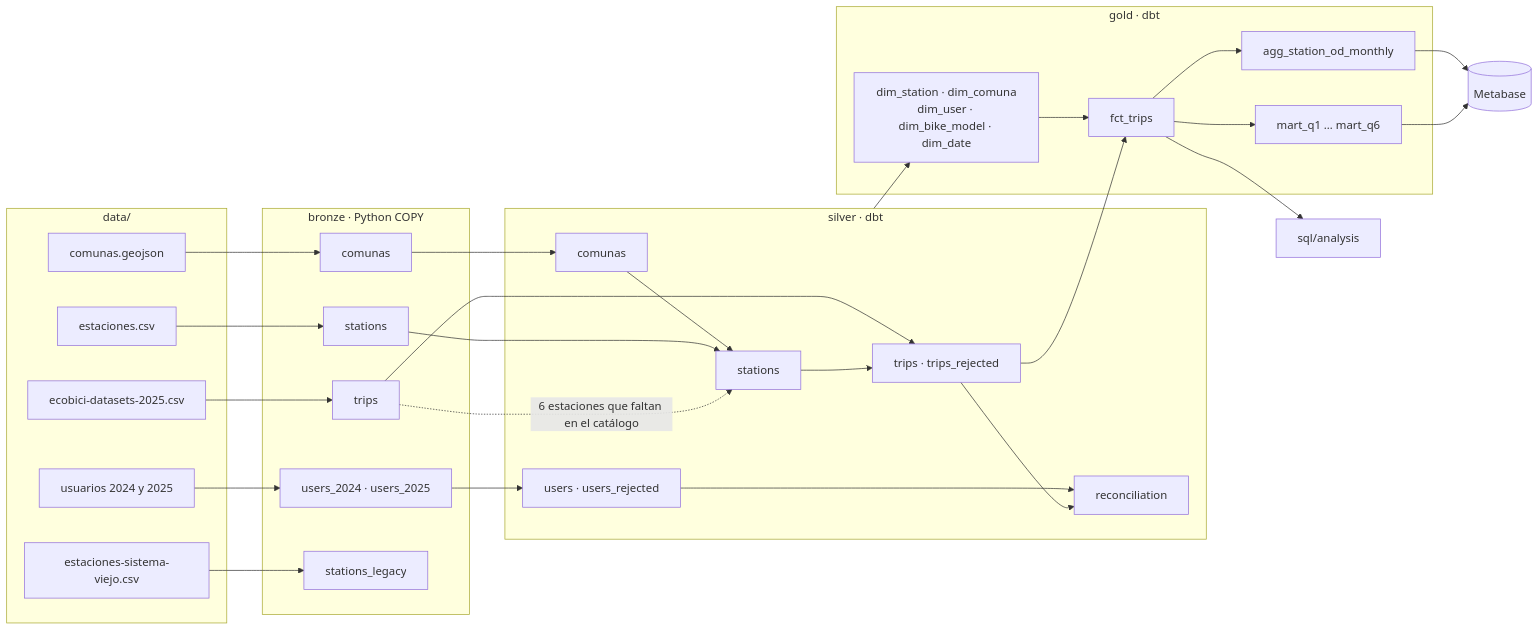
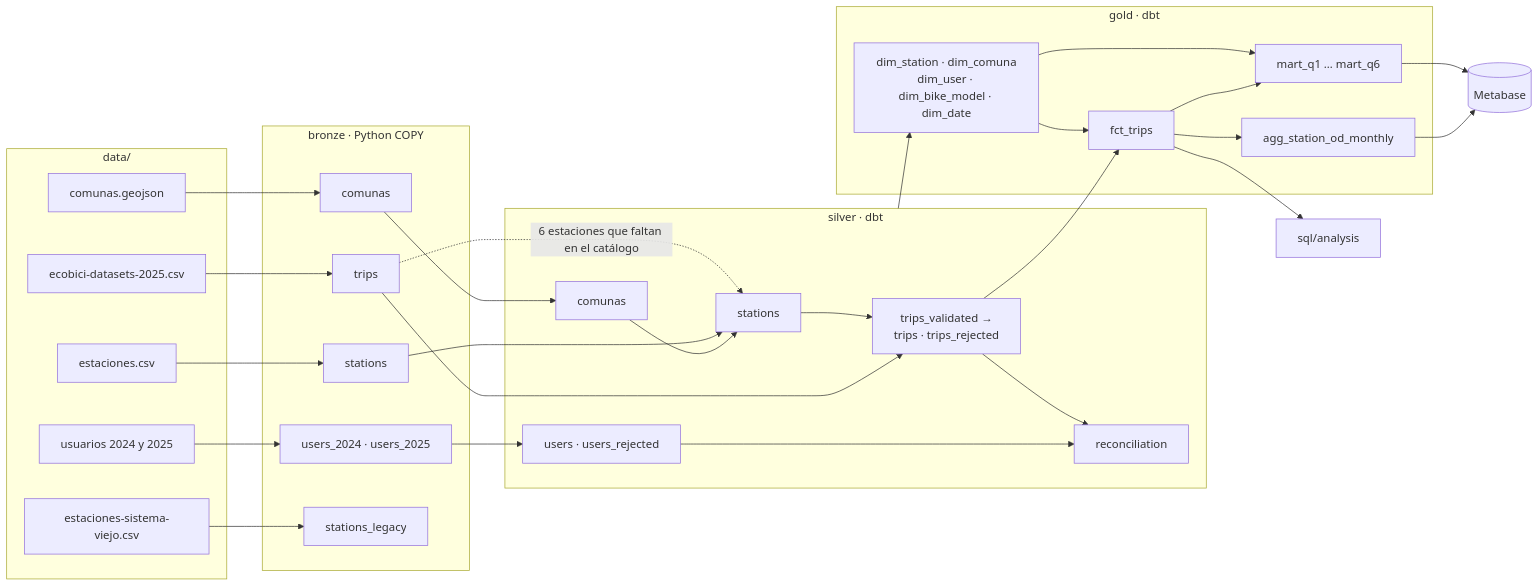
The second of 2 diagrams in docs/er-diagram.md (juancruzromero/de-challenge-fudo), drawn with Mermaid before and after one commit. The commit also changed other lines of this file and 20 other files, not shown here.

````diff
--- a/docs/er-diagram.md
+++ b/docs/er-diagram.md
@@ -125,54 +126,55 @@
 ```mermaid
 flowchart LR
     subgraph raw["data/"]
         f_comunas[comunas.geojson]
         f_stations[estaciones.csv]
         f_users[usuarios 2024 y 2025]
         f_trips[ecobici-datasets-2025.csv]
         f_legacy[estaciones-sistema-viejo.csv]
     end
 
     subgraph bronze["bronze · Python COPY"]
         b_comunas[comunas]
         b_stations[stations]
         b_users[users_2024 · users_2025]
         b_trips[trips]
         b_legacy[stations_legacy]
     end
 
     subgraph silver["silver · dbt"]
         s_comunas[comunas]
         s_stations[stations]
         s_users[users · users_rejected]
-        s_trips[trips · trips_rejected]
+        s_trips[trips_validated →<br/>trips · trips_rejected]
         s_recon[reconciliation]
     end
 
     subgraph gold["gold · dbt"]
         g_dims[dim_station · dim_comuna<br/>dim_user · dim_bike_model · dim_date]
         g_fct[fct_trips]
         g_agg[agg_station_od_monthly]
         g_marts[mart_q1 … mart_q6]
     end
 
     f_comunas --> b_comunas --> s_comunas --> s_stations
     f_stations --> b_stations --> s_stations
     f_users --> b_users --> s_users
     f_trips --> b_trips --> s_trips
     f_legacy --> b_legacy
     b_trips -. 6 estaciones que faltan en el catálogo .-> s_stations
     s_stations --> s_trips
 
     s_users --> s_recon
     s_trips --> s_recon
 
     silver --> g_dims
     s_trips --> g_fct
     g_dims --> g_fct
     g_fct --> g_agg
     g_fct --> g_marts
+    g_dims --> g_marts
 
     g_agg --> mb[(Metabase)]
     g_marts --> mb
     g_fct --> sql[sql/analysis]
 ```
````
